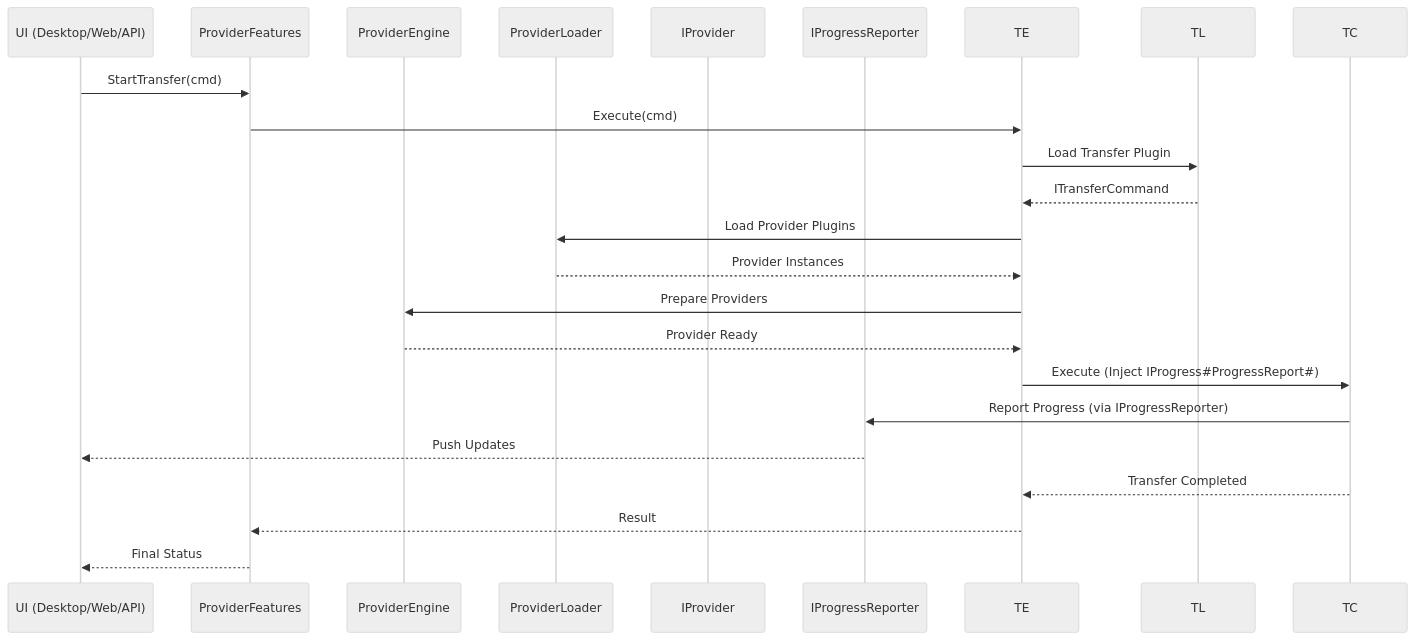
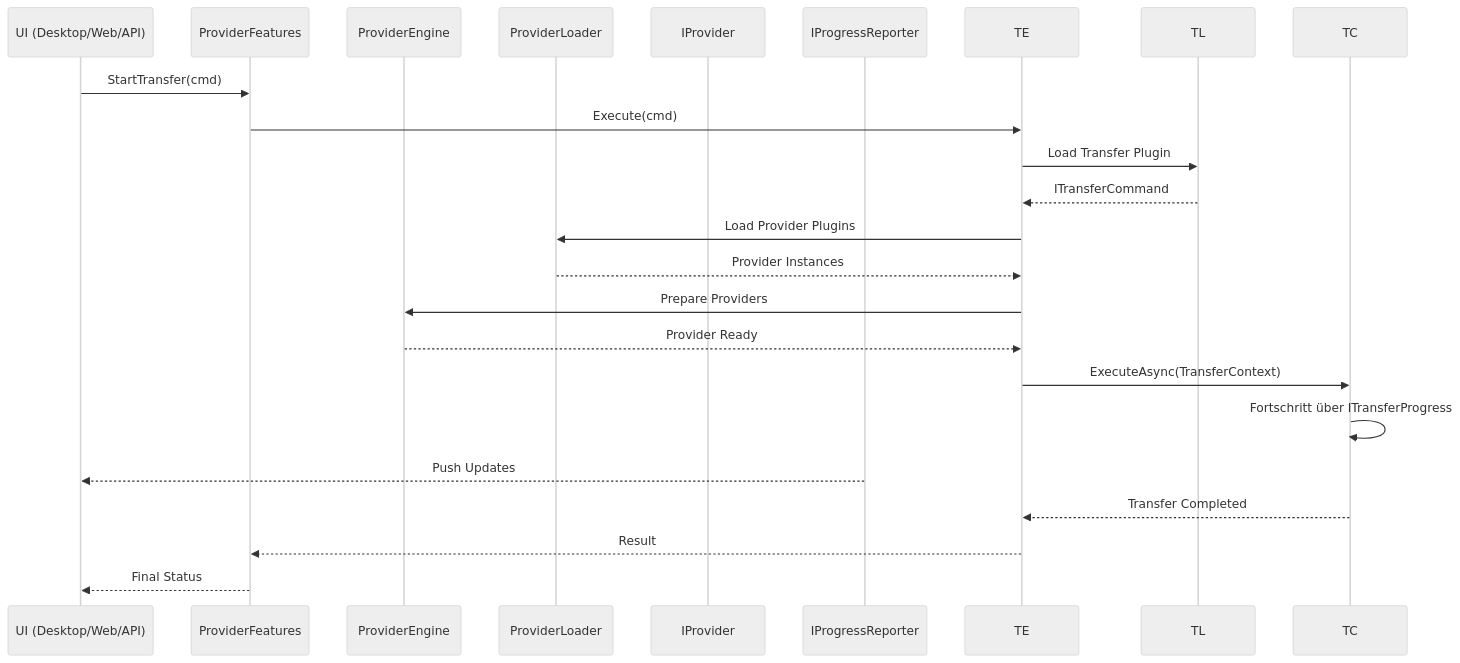
One commit to SOWITransferX/plugin-devkit changed the seventh of 8 diagrams in docs/architecture/architecture.md. Above: the diagram before and after it, drawn with Mermaid (neutral theme). The commit also changed other lines of this file and 26 other files, not shown here.

````diff
--- a/docs/architecture/architecture.md
+++ b/docs/architecture/architecture.md
@@ -683,31 +686,31 @@
 ```mermaid
 sequenceDiagram
     participant UI as UI (Desktop/Web/API)
     participant AF as ProviderFeatures
     participant PE as ProviderEngine
     participant PL as ProviderLoader
     participant Pr as IProvider
     participant PR as IProgressReporter
 
     UI->>AF: StartTransfer(cmd)
     AF->>TE: Execute(cmd)
 
     TE->>TL: Load Transfer Plugin
     TL-->>TE: ITransferCommand
 
     TE->>PL: Load Provider Plugins
     PL-->>TE: Provider Instances
 
     TE->>PE: Prepare Providers
     PE-->>TE: Provider Ready
 
-    TE->>TC: Execute (Inject IProgress#35;ProgressReport#35;)
-    TC->>PR: Report Progress (via IProgressReporter)
+    TE->>TC: ExecuteAsync(TransferContext)
+    TC->>TC: Fortschritt über ITransferProgress
 
     PR-->>UI: Push Updates
 
     TC-->>TE: Transfer Completed
     TE-->>AF: Result
     AF-->>UI: Final Status
 
 ```
````
